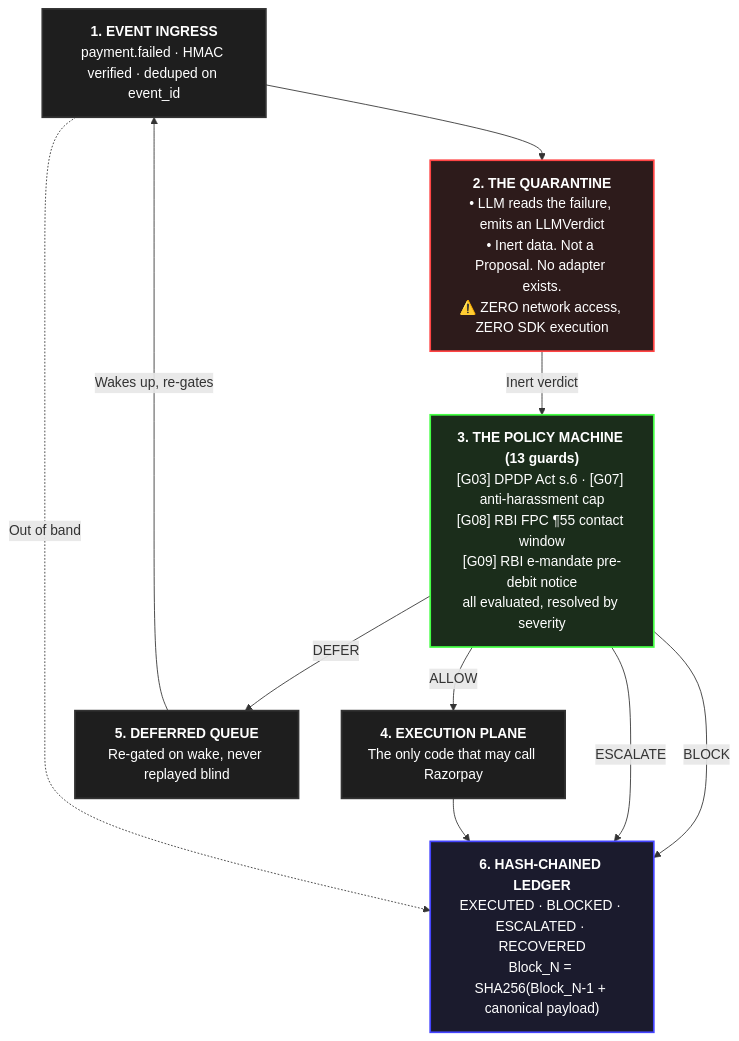
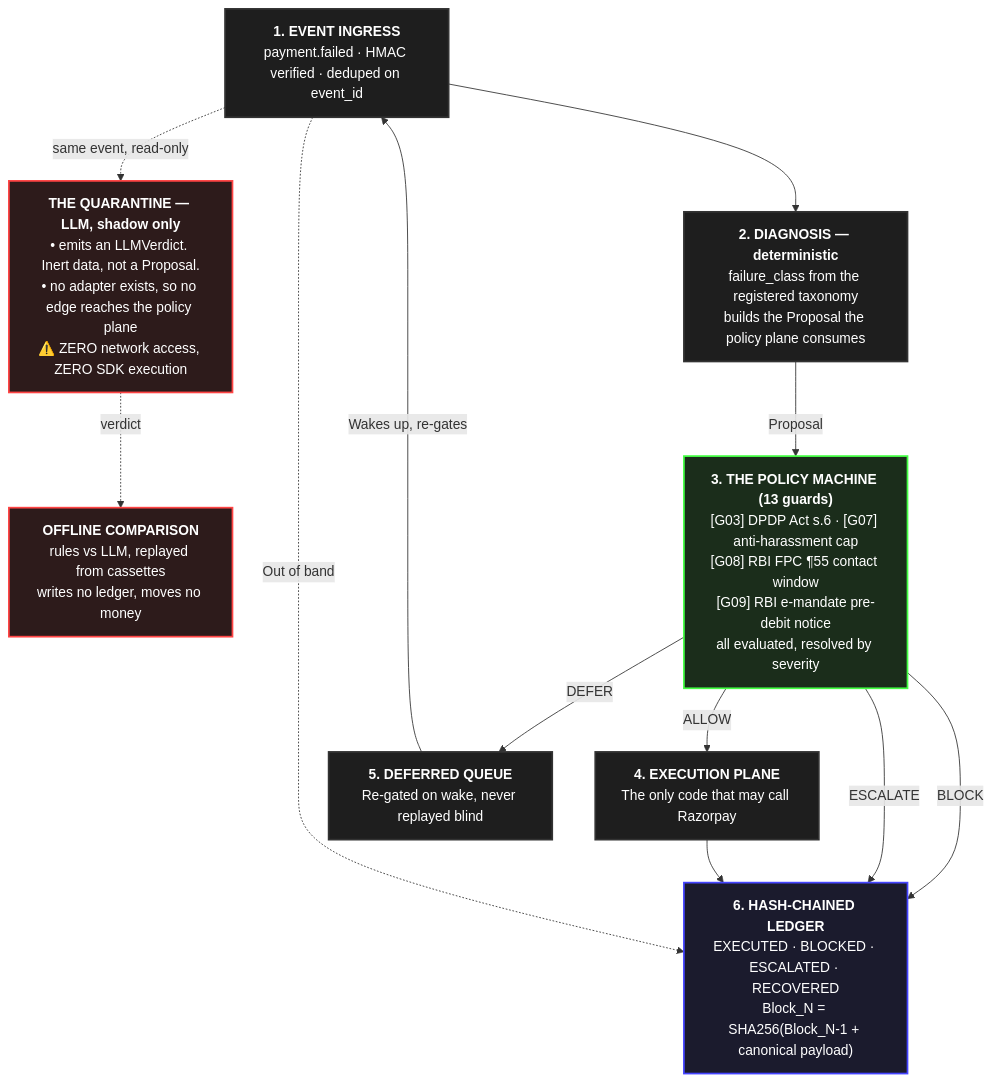
Before and after one commit to sriramvarun0636/Vasool: the diagram in README.md, drawn with Mermaid. The commit also changed other lines of this file, not shown here.

````diff
--- a/README.md
+++ b/README.md
@@ -223,28 +243,34 @@
 ```mermaid
 flowchart TD
     classDef plane fill:#1e1e1e,stroke:#333,stroke-width:2px,color:#fff
     classDef quarantine fill:#2d1b1b,stroke:#ff4444,stroke-width:2px,color:#fff
     classDef policy fill:#1b2d1b,stroke:#44ff44,stroke-width:2px,color:#fff
     classDef ledger fill:#1b1b2d,stroke:#4444ff,stroke-width:2px,color:#fff
 
     A["<b>1. EVENT INGRESS</b><br/>payment.failed · HMAC verified · deduped on event_id"]:::plane
 
-    B["<b>2. THE QUARANTINE</b><br/>• LLM reads the failure, emits an LLMVerdict<br/>• Inert data. Not a Proposal. No adapter exists.<br/>⚠️ ZERO network access, ZERO SDK execution"]:::quarantine
+    B["<b>2. DIAGNOSIS — deterministic</b><br/>failure_class from the registered taxonomy<br/>builds the Proposal the policy plane consumes"]:::plane
+
+    Q["<b>THE QUARANTINE — LLM, shadow only</b><br/>• emits an LLMVerdict. Inert data, not a Proposal.<br/>• no adapter exists, so no edge reaches the policy plane<br/>⚠️ ZERO network access, ZERO SDK execution"]:::quarantine
+
+    S["<b>OFFLINE COMPARISON</b><br/>rules vs LLM, replayed from cassettes<br/>writes no ledger, moves no money"]:::quarantine
 
     C["<b>3. THE POLICY MACHINE (13 guards)</b><br/>[G03] DPDP Act s.6 · [G07] anti-harassment cap<br/>[G08] RBI FPC ¶55 contact window<br/>[G09] RBI e-mandate pre-debit notice<br/>all evaluated, resolved by severity"]:::policy
 
     D["<b>4. EXECUTION PLANE</b><br/>The only code that may call Razorpay"]:::plane
     E["<b>5. DEFERRED QUEUE</b><br/>Re-gated on wake, never replayed blind"]:::plane
 
     F["<b>6. HASH-CHAINED LEDGER</b><br/>EXECUTED · BLOCKED · ESCALATED · RECOVERED<br/>Block_N = SHA256(Block_N-1 + canonical payload)"]:::ledger
 
     A --> B
-    B -->|Inert verdict| C
+    A -.->|same event, read-only| Q
+    Q -.->|verdict| S
+    B -->|Proposal| C
     C -->|ALLOW| D
     C -->|BLOCK| F
     C -->|ESCALATE| F
     C -->|DEFER| E
     D --> F
     E -->|Wakes up, re-gates| A
     A -.->|Out of band| F
 ```
````
